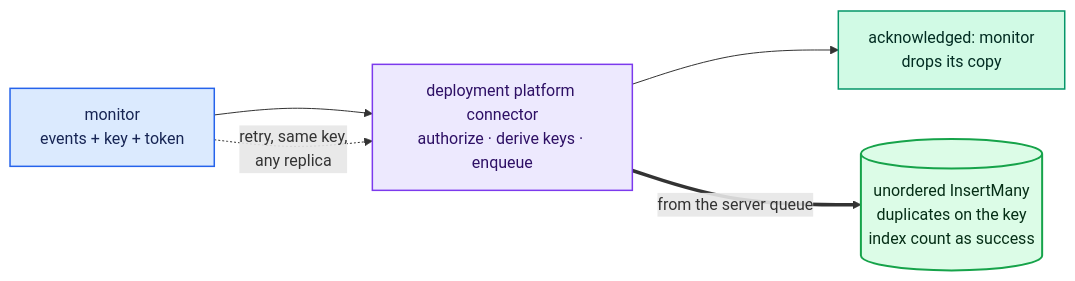
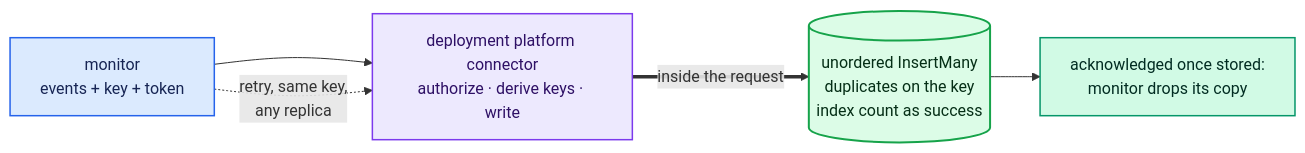
Before and after one commit to KaivalyaMDabhadkar/NVSentinel: the second of 4 diagrams in docs/designs/052-deployment-platform-connector.md, drawn with Mermaid. The commit also changed other lines of this file, not shown here.

````diff
--- a/docs/designs/052-deployment-platform-connector.md
+++ b/docs/designs/052-deployment-platform-connector.md
@@ -166,21 +144,21 @@
 ```mermaid
 flowchart LR
     M["monitor<br/>events + key + token"]
-    API["deployment platform connector<br/>authorize · derive keys · enqueue"]
-    ACK["acknowledged: monitor<br/>drops its copy"]
+    API["deployment platform connector<br/>authorize · derive keys · write"]
     DB[("unordered InsertMany<br/>duplicates on the key<br/>index count as success")]
+    ACK["acknowledged once stored:<br/>monitor drops its copy"]
 
     M --> API
-    API --> ACK
-    API == "from the server queue" ==> DB
+    API == "inside the request" ==> DB
+    DB --> ACK
     M -. "retry, same key,<br/>any replica" .-> API
 
     classDef client fill:#DBEAFE,stroke:#2563EB,color:#172554,stroke-width:1.5px
     classDef service fill:#EDE9FE,stroke:#7C3AED,color:#2E1065,stroke-width:1.5px
     classDef database fill:#DCFCE7,stroke:#16A34A,color:#052E16,stroke-width:2px
     classDef success fill:#D1FAE5,stroke:#059669,color:#022C22,stroke-width:1.5px
     class M client
     class API service
     class DB database
     class ACK success
 ```
````
